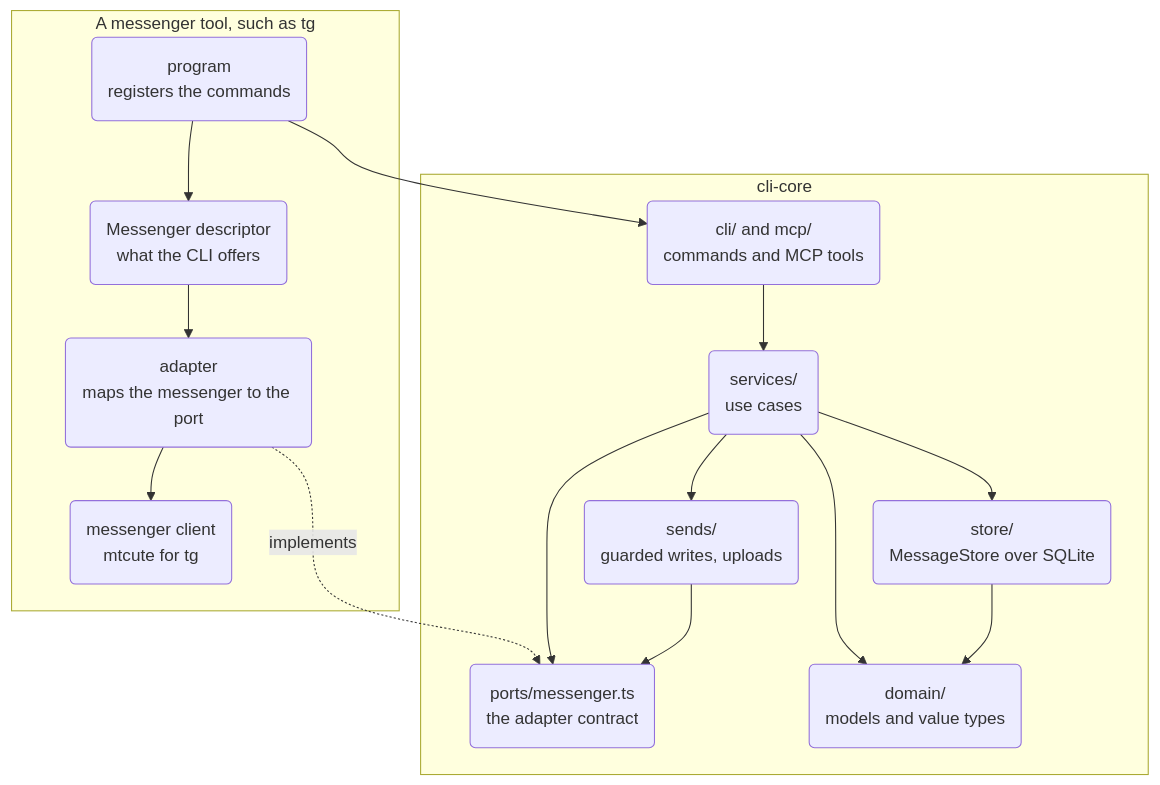
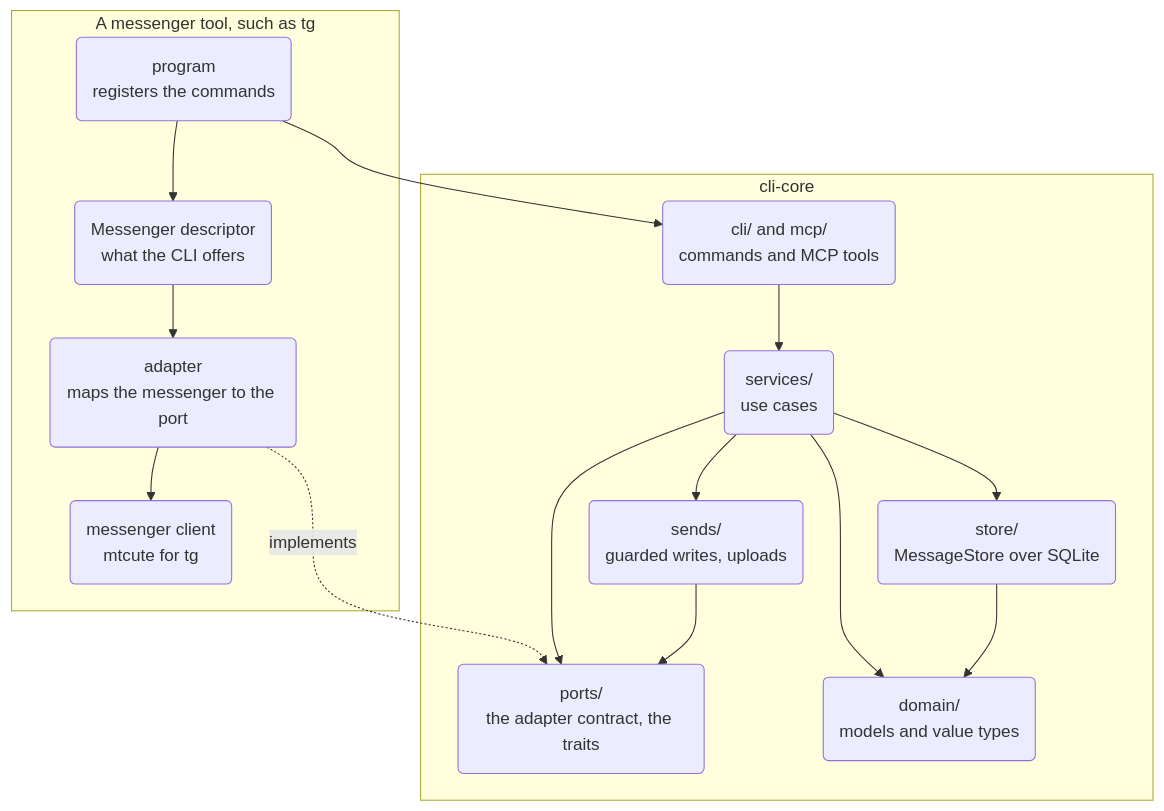
One commit to WireCatLabs/cli-docs changed the second of 5 diagrams in content/docs/code-design.mdx. Above: the diagram before and after it, drawn with Mermaid. The commit also changed other lines of this file and 2 other files, not shown here.

First line of the commit message:
docs(code-design): services see MessengerTraits and import nothing from cli/

````diff
--- a/content/docs/code-design.mdx
+++ b/content/docs/code-design.mdx
@@ -59,29 +59,29 @@
 ```mermaid The layers of cli-core and how a tool plugs in
 graph TB
   subgraph TOOL["A messenger tool, such as tg"]
     Program("program<br>registers the commands")
     Describe("Messenger descriptor<br>what the CLI offers")
     Adapter("adapter<br>maps the messenger to the port")
     Client("messenger client<br>mtcute for tg")
   end
   subgraph CORE["cli-core"]
     Cli("cli/ and mcp/<br>commands and MCP tools")
     Services("services/<br>use cases")
     Sends("sends/<br>guarded writes, uploads")
-    Port("ports/messenger.ts<br>the adapter contract")
+    Port("ports/<br>the adapter contract, the traits")
     Store("store/<br>MessageStore over SQLite")
     Domain("domain/<br>models and value types")
   end
   Program --> Cli
   Program --> Describe
   Describe --> Adapter
   Adapter --> Client
   Adapter -.->|implements| Port
   Cli --> Services
   Services --> Sends
   Services --> Port
   Services --> Store
   Sends --> Port
   Services --> Domain
   Store --> Domain
 ```
````
